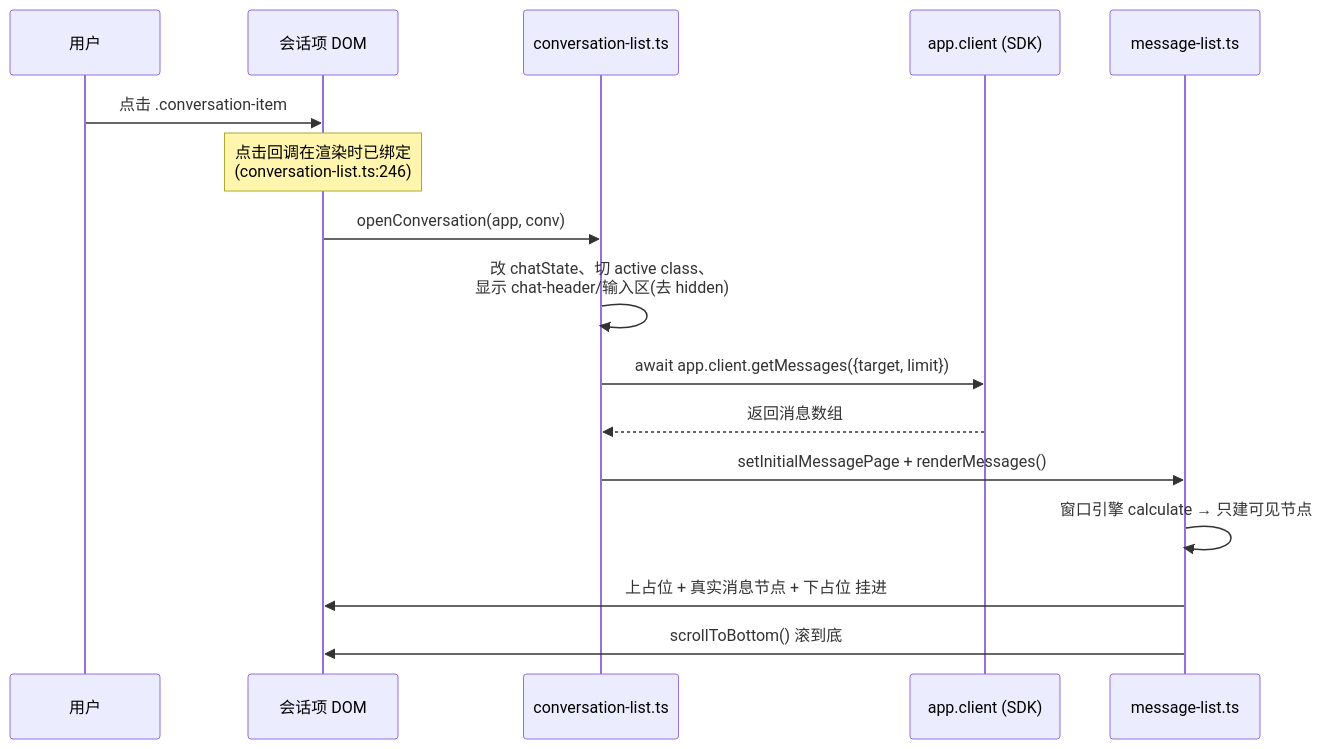
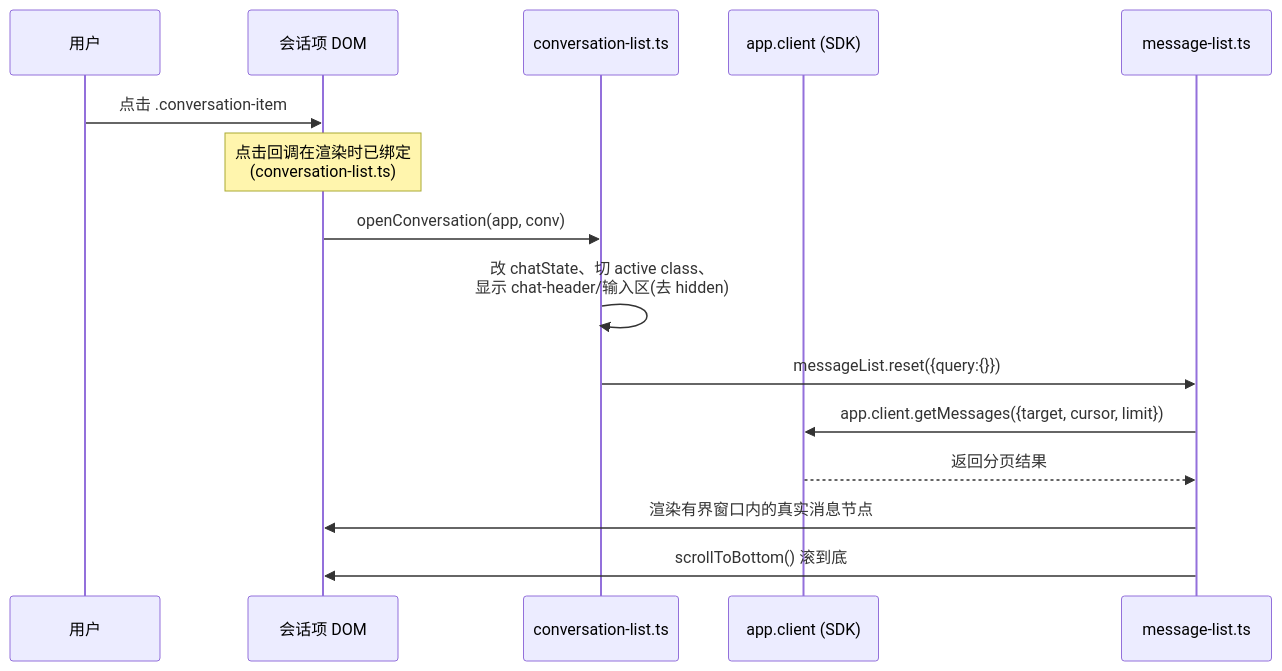
One commit to dacez/yimsg changed the sixth of 6 diagrams in packages/uikit/docs/UIKit阅读指南.md. Above: the diagram before and after it, drawn with Mermaid. The commit also changed other lines of this file and 97 other files, not shown here.

````diff
--- a/packages/uikit/docs/UIKit阅读指南.md
+++ b/packages/uikit/docs/UIKit阅读指南.md
@@ -537,19 +535,18 @@
 ```mermaid
 sequenceDiagram
   participant U as 用户
   participant DOM as 会话项 DOM
   participant CV as conversation-list.ts
   participant SDK as app.client (SDK)
   participant ML as message-list.ts
 
   U->>DOM: 点击 .conversation-item
-  Note over DOM: 点击回调在渲染时已绑定<br/>(conversation-list.ts:246)
+  Note over DOM: 点击回调在渲染时已绑定<br/>(conversation-list.ts)
   DOM->>CV: openConversation(app, conv)
   CV->>CV: 改 chatState、切 active class、<br/>显示 chat-header/输入区(去 hidden)
-  CV->>SDK: await app.client.getMessages({target, limit})
-  SDK-->>CV: 返回消息数组
-  CV->>ML: setInitialMessagePage + renderMessages()
-  ML->>ML: 窗口引擎 calculate → 只建可见节点
-  ML->>DOM: 上占位 + 真实消息节点 + 下占位 挂进 #message-list
+  CV->>ML: messageList.reset({query:{}})
+  ML->>SDK: app.client.getMessages({target, cursor, limit})
+  SDK-->>ML: 返回分页结果
+  ML->>DOM: 渲染有界窗口内的真实消息节点
   ML->>DOM: scrollToBottom() 滚到底
 ```
````
